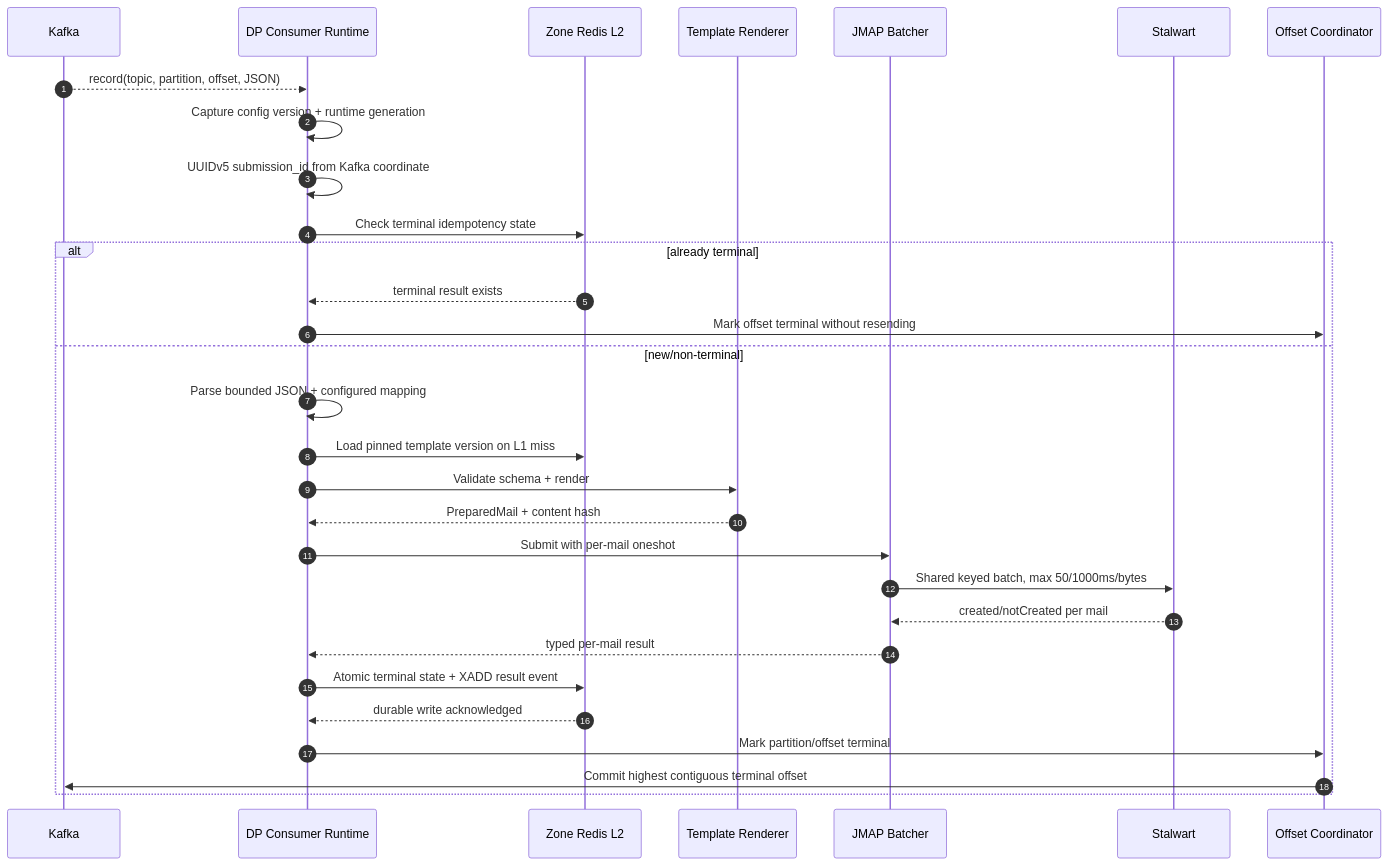
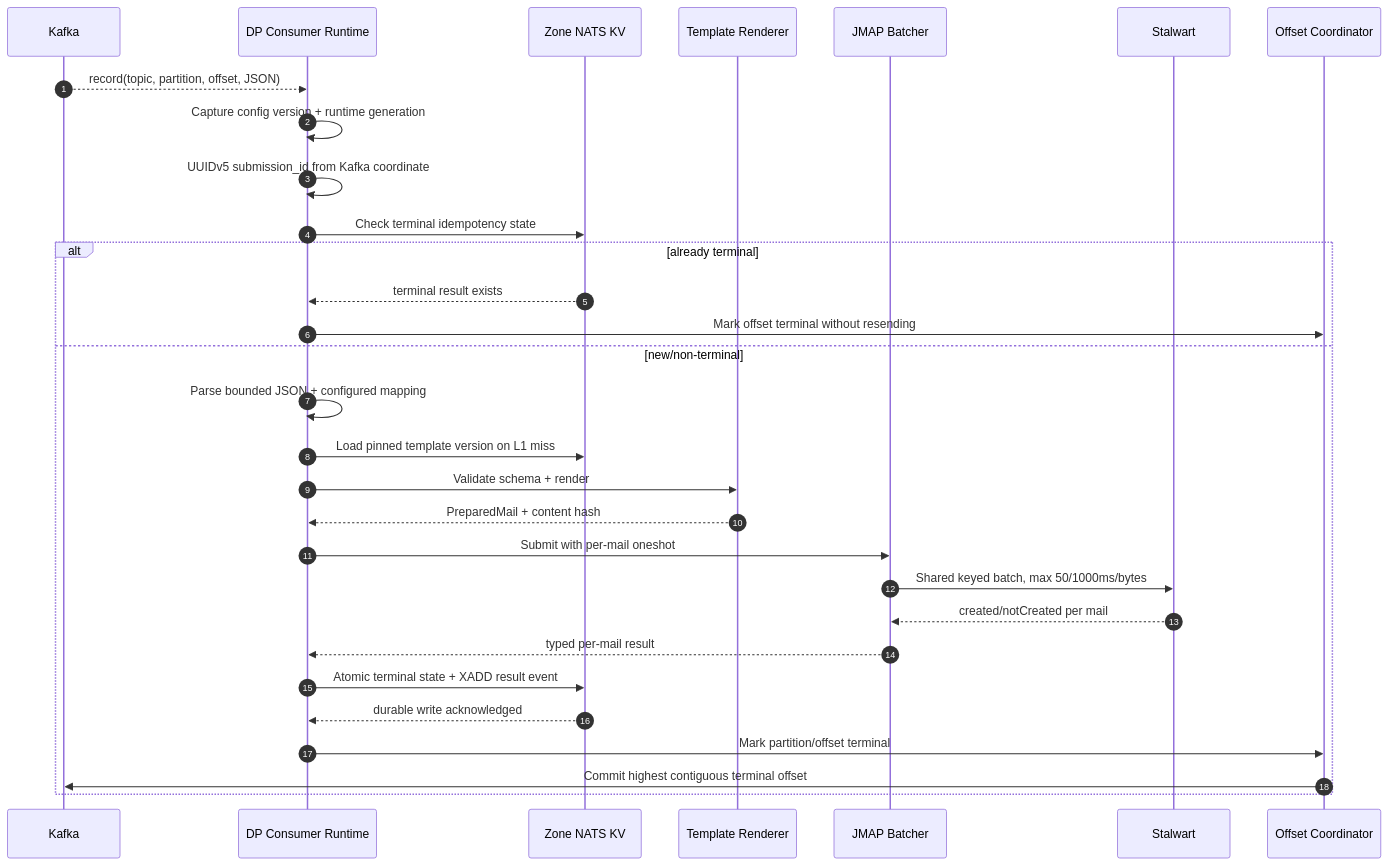
One commit to phucle996/aurora changed the fourth of 4 diagrams in god_view/mail/dataplane_broker_mail_execution_god_view.md. Above: the diagram before and after it, drawn with Mermaid. The commit also changed other lines of this file and 77 other files, not shown here.

````diff
--- a/god_view/mail/dataplane_broker_mail_execution_god_view.md
+++ b/god_view/mail/dataplane_broker_mail_execution_god_view.md
@@ -220,33 +260,33 @@
 ```mermaid
 sequenceDiagram
     autonumber
     participant K as Kafka
     participant DP as DP Consumer Runtime
-    participant L2 as Zone Redis L2
+    participant L2 as Zone NATS KV
     participant R as Template Renderer
     participant B as JMAP Batcher
     participant S as Stalwart
     participant O as Offset Coordinator
 
     K-->>DP: record(topic, partition, offset, JSON)
     DP->>DP: Capture config version + runtime generation
     DP->>DP: UUIDv5 submission_id from Kafka coordinate
     DP->>L2: Check terminal idempotency state
     alt already terminal
         L2-->>DP: terminal result exists
         DP->>O: Mark offset terminal without resending
     else new/non-terminal
         DP->>DP: Parse bounded JSON + configured mapping
         DP->>L2: Load pinned template version on L1 miss
         DP->>R: Validate schema + render
         R-->>DP: PreparedMail + content hash
         DP->>B: Submit with per-mail oneshot
         B->>S: Shared keyed batch, max 50/1000ms/bytes
         S-->>B: created/notCreated per mail
         B-->>DP: typed per-mail result
         DP->>L2: Atomic terminal state + XADD result event
         L2-->>DP: durable write acknowledged
         DP->>O: Mark partition/offset terminal
         O->>K: Commit highest contiguous terminal offset
     end
 ```
````
